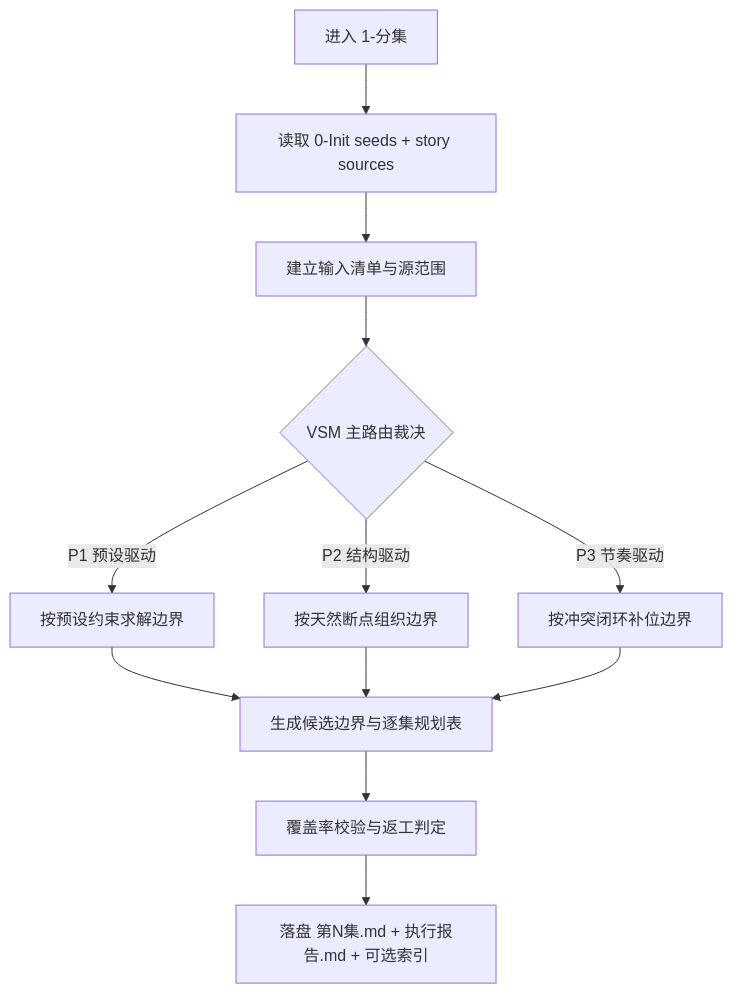
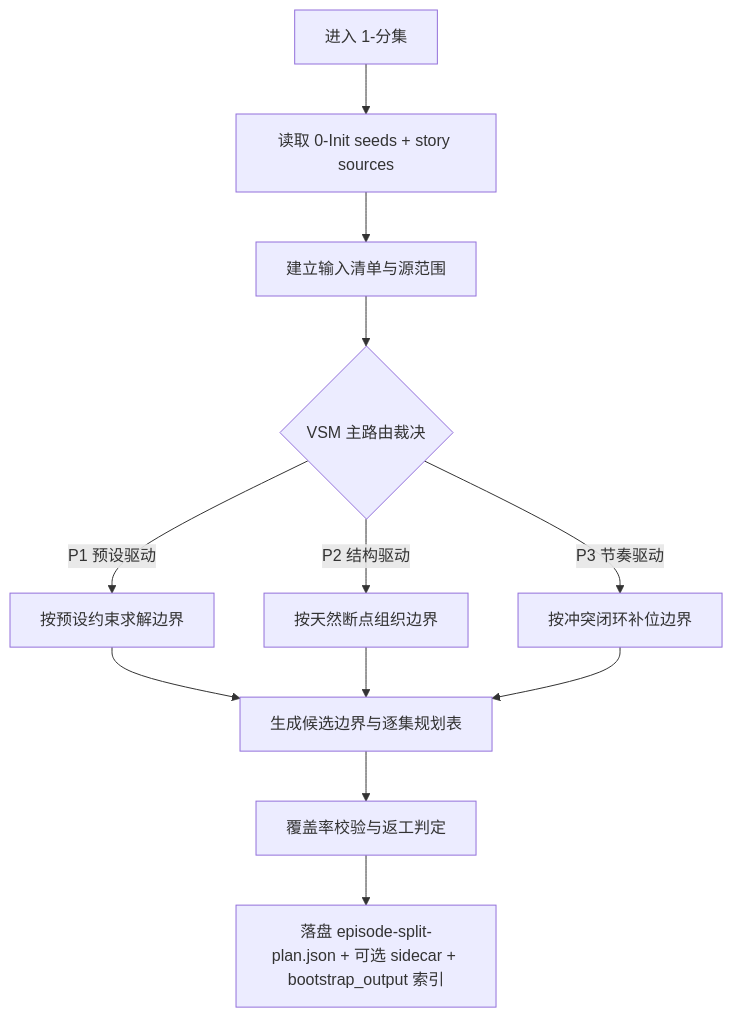
One commit to ZEN-VOID/AI-CUT changed the first of 2 diagrams in .agents/skills/aigc/1-规划/subtypes/1-分集/SKILL.md. Above: the diagram before and after it, drawn with Mermaid. The commit also changed other lines of this file and 54 other files, not shown here.

````diff
--- a/.agents/skills/aigc/1-规划/subtypes/1-分集/SKILL.md
+++ b/.agents/skills/aigc/1-规划/subtypes/1-分集/SKILL.md
@@ -87,14 +87,14 @@
 ```mermaid
 flowchart TD
     A["进入 1-分集"] --> B["读取 0-Init seeds + story sources"]
     B --> C["建立输入清单与源范围"]
     C --> D{"VSM 主路由裁决"}
     D -->|"P1 预设驱动"| E["按预设约束求解边界"]
     D -->|"P2 结构驱动"| F["按天然断点组织边界"]
     D -->|"P3 节奏驱动"| G["按冲突闭环补位边界"]
     E --> H["生成候选边界与逐集规划表"]
     F --> H
     G --> H
     H --> I["覆盖率校验与返工判定"]
-    I --> J["落盘 第N集.md + 执行报告.md + 可选索引"]
+    I --> J["落盘 episode-split-plan.json + 可选 sidecar + bootstrap_output 索引"]
 ```
````
